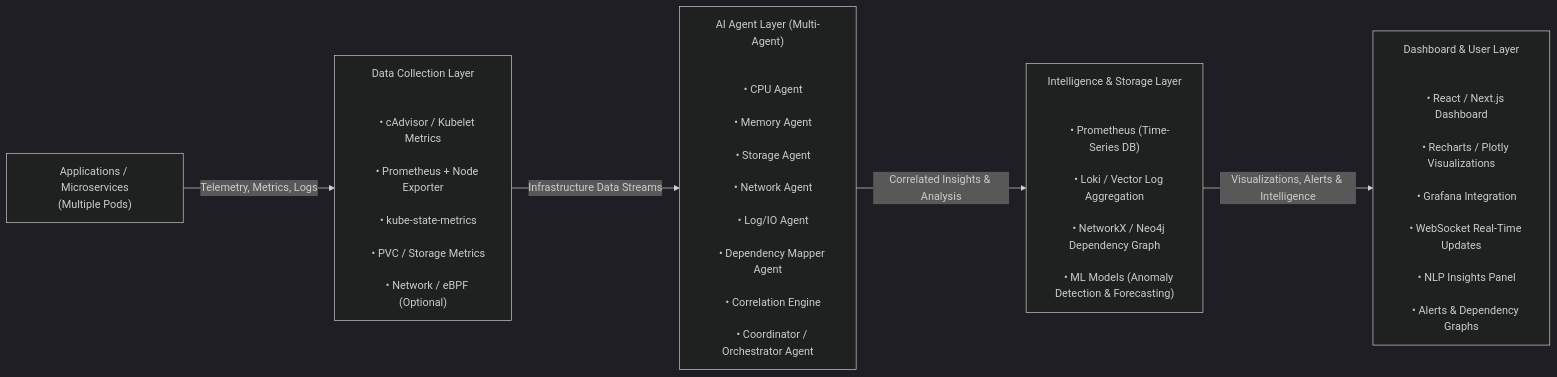
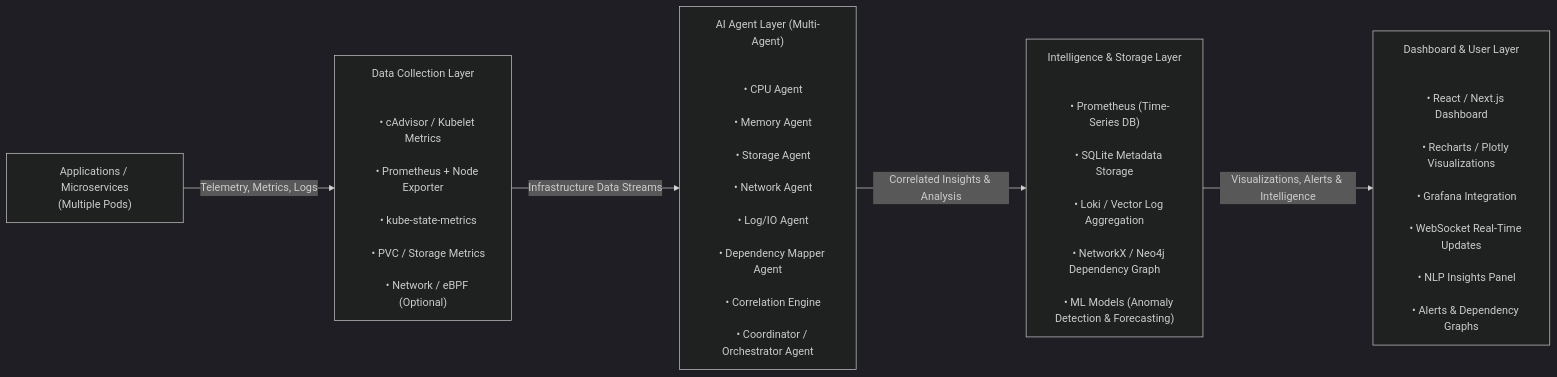
One commit to PodSageAI/PodSage-AI changed the diagram in README.md. Above: the diagram before and after it, drawn with Mermaid (dark theme). The commit also changed other lines of this file, not shown here.

````diff
--- a/README.md
+++ b/README.md
@@ -35,44 +45,45 @@
 ```mermaid
 flowchart LR
 
     A["Applications / Microservices<br/>(Multiple Pods)"]
 
     B["Data Collection Layer<br/><br/>
     • cAdvisor / Kubelet Metrics<br/>
     • Prometheus + Node Exporter<br/>
     • kube-state-metrics<br/>
     • PVC / Storage Metrics<br/>
     • Network / eBPF (Optional)"]
 
     C["AI Agent Layer (Multi-Agent)<br/><br/>
     • CPU Agent<br/>
     • Memory Agent<br/>
     • Storage Agent<br/>
     • Network Agent<br/>
     • Log/IO Agent<br/>
     • Dependency Mapper Agent<br/>
     • Correlation Engine<br/>
     • Coordinator / Orchestrator Agent"]
 
     D["Intelligence & Storage Layer<br/><br/>
     • Prometheus (Time-Series DB)<br/>
+    • SQLite Metadata Storage<br/>
     • Loki / Vector Log Aggregation<br/>
     • NetworkX / Neo4j Dependency Graph<br/>
     • ML Models (Anomaly Detection & Forecasting)"]
 
     E["Dashboard & User Layer<br/><br/>
     • React / Next.js Dashboard<br/>
     • Recharts / Plotly Visualizations<br/>
     • Grafana Integration<br/>
     • WebSocket Real-Time Updates<br/>
     • NLP Insights Panel<br/>
     • Alerts & Dependency Graphs"]
 
     A -->|"Telemetry, Metrics, Logs"| B
 
     B -->|"Infrastructure Data Streams"| C
 
     C -->|"Correlated Insights & Analysis"| D
 
     D -->|"Visualizations, Alerts & Intelligence"| E
 ```
````
